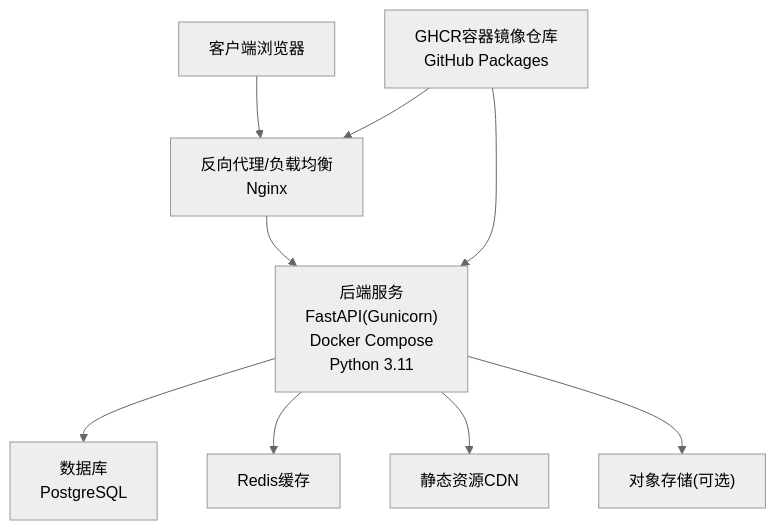
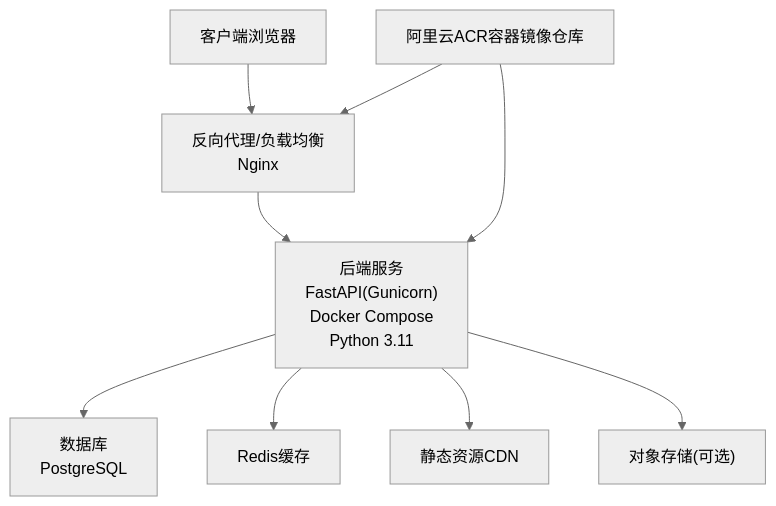
One commit to breeze-lyf/ai-stock-advisor changed the second of 6 diagrams in .qoder/repowiki/zh/content/部署与运维/生产环境部署.md. Above: the diagram before and after it, drawn with Mermaid (neutral theme). The commit also changed other lines of this file and 3 other files, not shown here.

````diff
--- a/.qoder/repowiki/zh/content/部署与运维/生产环境部署.md
+++ b/.qoder/repowiki/zh/content/部署与运维/生产环境部署.md
@@ -193,19 +194,19 @@
 ```mermaid
 graph TB
 Client["客户端浏览器"]
-GHCR["GHCR容器镜像仓库<br/>GitHub Packages"]
+ACR["阿里云ACR容器镜像仓库"]
 LB["反向代理/负载均衡<br/>Nginx"]
 API["后端服务<br/>FastAPI(Gunicorn)<br/>Docker Compose<br/>Python 3.11"]
 DB["数据库<br/>PostgreSQL"]
 REDIS["Redis缓存"]
 CDN["静态资源CDN"]
 MinIO["对象存储(可选)"]
 Client --> LB
 LB --> API
 API --> DB
 API --> REDIS
 API --> CDN
 API --> MinIO
-GHCR --> LB
-GHCR --> API
+ACR --> LB
+ACR --> API
 ```
````
